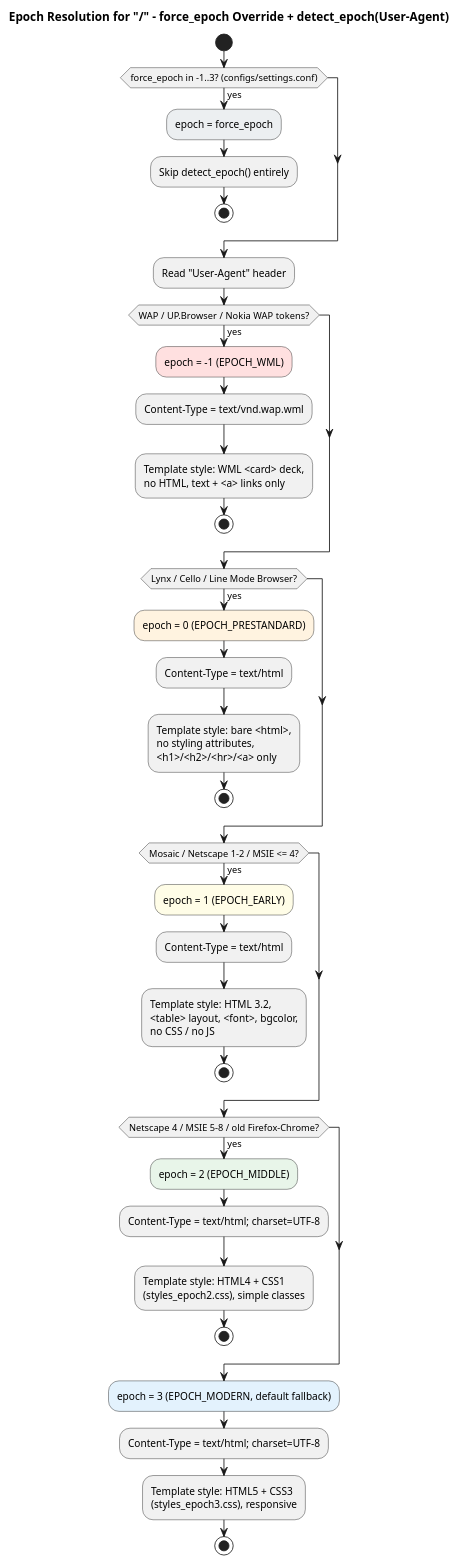
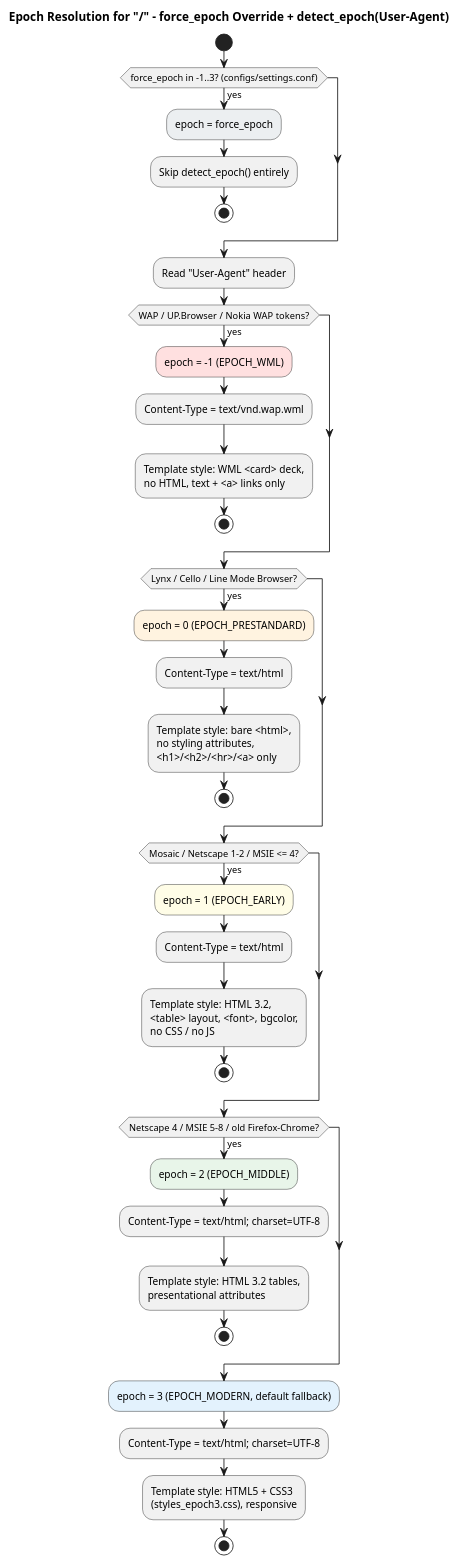
The first of 5 diagrams in develop_docs/boat-rudder.md (jpablotoledom/boat-rudder), drawn with PlantUML before and after one commit. The commit also changed other lines of this file and 229 other files, not shown here.

````diff
--- a/develop_docs/boat-rudder.md
+++ b/develop_docs/boat-rudder.md
@@ -102,48 +102,48 @@
 ```plantuml
 @startuml epoch-decision
 title Epoch Resolution for "/" - force_epoch Override + detect_epoch(User-Agent)
 
 start
 
 if (force_epoch in -1..3? (configs/settings.conf)) then (yes)
   #ECEFF1:epoch = force_epoch;
   :Skip detect_epoch() entirely;
   stop
 endif
 
 :Read "User-Agent" header;
 
 if (WAP / UP.Browser / Nokia WAP tokens?) then (yes)
   #FFE0E0:epoch = -1 (EPOCH_WML);
   :Content-Type = text/vnd.wap.wml;
   :Template style: WML <card> deck,\nno HTML, text + <a> links only;
   stop
 endif
 
 if (Lynx / Cello / Line Mode Browser?) then (yes)
   #FFF3E0:epoch = 0 (EPOCH_PRESTANDARD);
   :Content-Type = text/html;
   :Template style: bare <html>,\nno styling attributes,\n<h1>/<h2>/<hr>/<a> only;
   stop
 endif
 
 if (Mosaic / Netscape 1-2 / MSIE <= 4?) then (yes)
   #FFFDE7:epoch = 1 (EPOCH_EARLY);
   :Content-Type = text/html;
   :Template style: HTML 3.2,\n<table> layout, <font>, bgcolor,\nno CSS / no JS;
   stop
 endif
 
 if (Netscape 4 / MSIE 5-8 / old Firefox-Chrome?) then (yes)
   #E8F5E9:epoch = 2 (EPOCH_MIDDLE);
   :Content-Type = text/html; charset=UTF-8;
-  :Template style: HTML4 + CSS1\n(styles_epoch2.css), simple classes;
+  :Template style: HTML 3.2 tables,\npresentational attributes;
   stop
 endif
 
 #E3F2FD:epoch = 3 (EPOCH_MODERN, default fallback);
 :Content-Type = text/html; charset=UTF-8;
 :Template style: HTML5 + CSS3\n(styles_epoch3.css), responsive;
 stop
 @enduml
 ```
````
